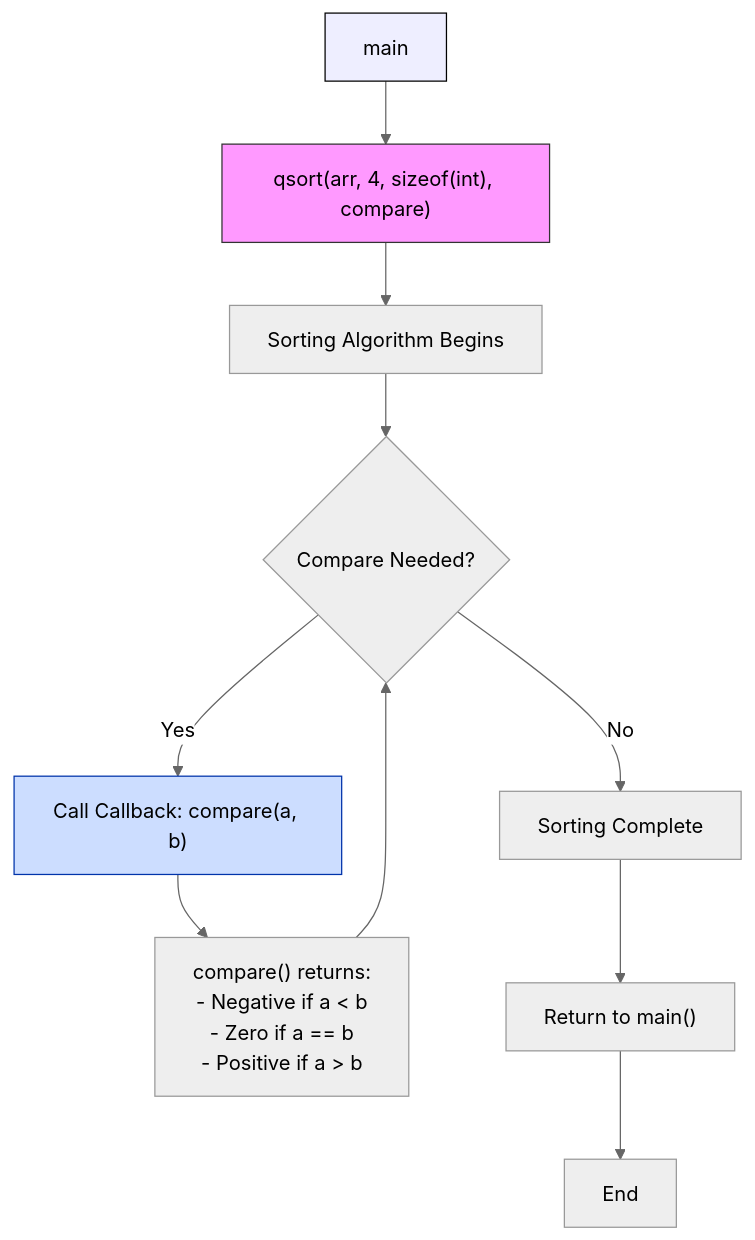
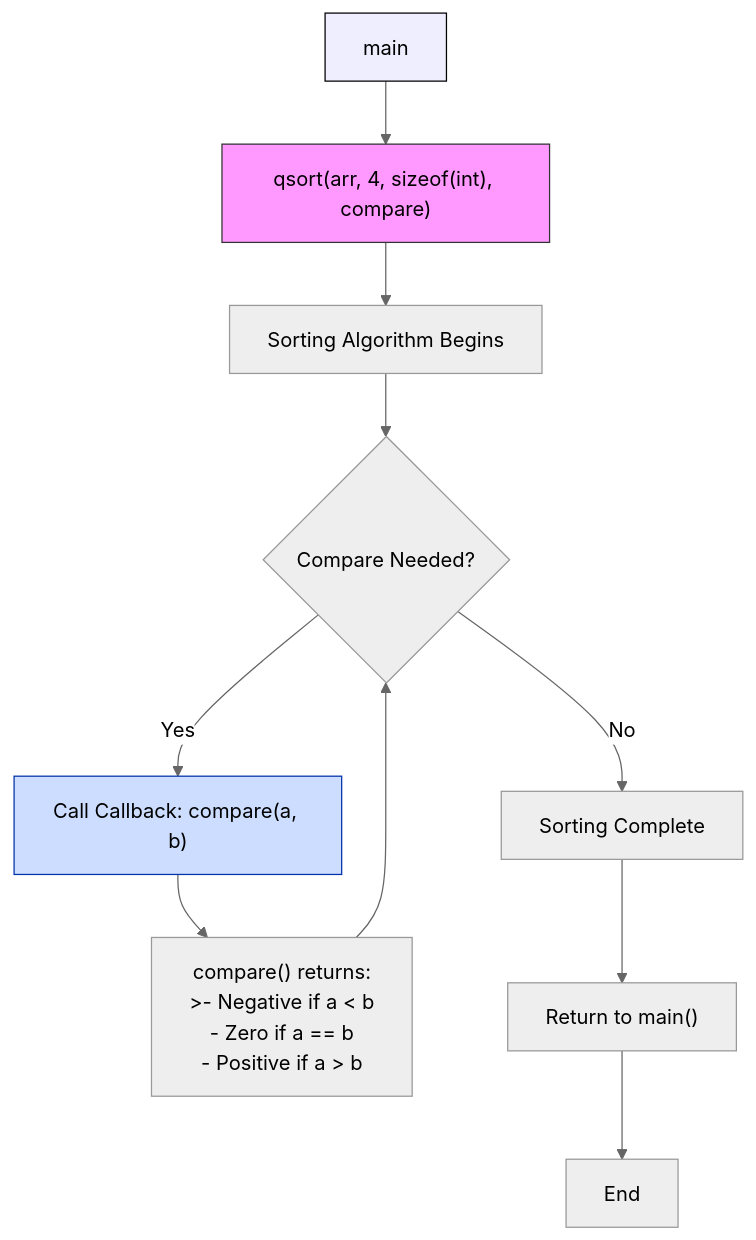
The diagram in workbook/ch07/mech/callback/README.md (Feyerabend/bb), drawn with Mermaid (neutral theme) before and after one commit. The commit also changed other lines of this file, not shown here.

````diff
--- a/workbook/ch07/mech/callback/README.md
+++ b/workbook/ch07/mech/callback/README.md
@@ -161,16 +165,16 @@
 ```mermaid
 flowchart TD
     A[main] --> B["qsort(arr, 4, sizeof(int), compare)"]
     B --> C["Sorting Algorithm Begins"]
     C --> D{Compare Needed?}
     D -->|Yes| E["Call Callback: compare(a, b)"]
-    E --> F["compare() returns:\n- Negative if a < b\n- Zero if a == b\n- Positive if a > b"]
+    E --> F["compare() returns:<br>>- Negative if a < b<br>- Zero if a == b<br>- Positive if a > b"]
     F --> D
     D -->|No| G["Sorting Complete"]
     G --> H["Return to main()"]
     H --> I[End]
 
     style E fill:#cdf,stroke:#03a
     style A fill:#eef,stroke:#000
     style B fill:#f9f,stroke:#333
 ```
````
